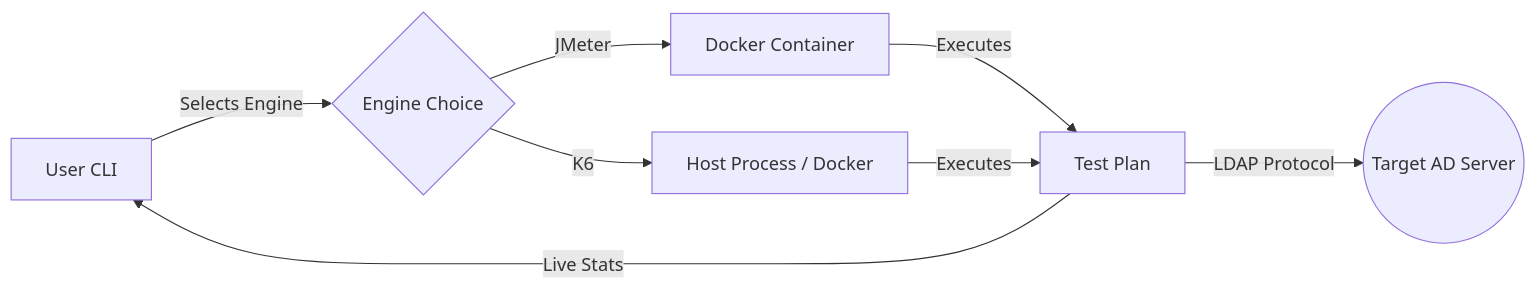
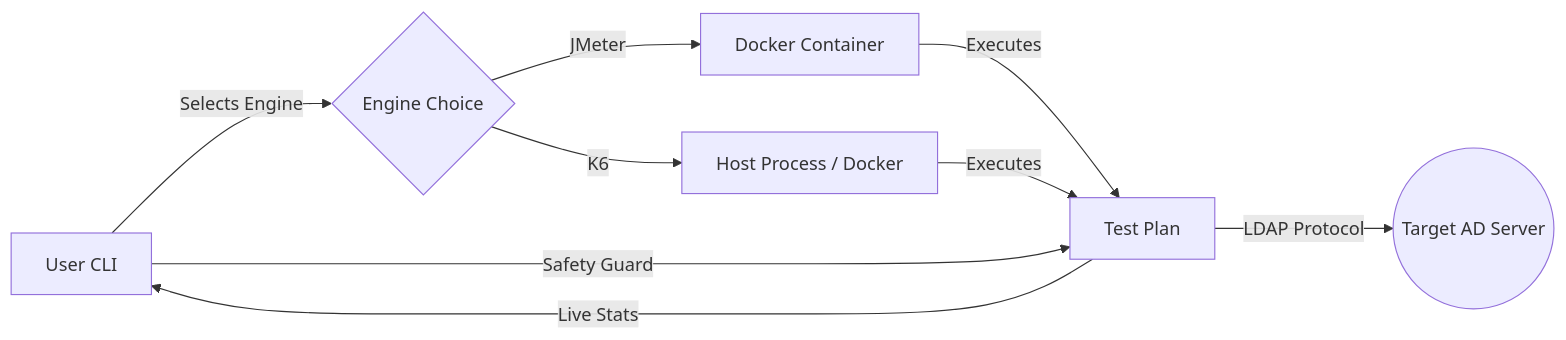
The diagram in README.md (ddt-mmt/Techton), drawn with Mermaid before and after one commit. The commit also changed other lines of this file, not shown here.

````diff
--- a/README.md
+++ b/README.md
@@ -40,10 +41,11 @@
 ```mermaid
 graph LR
     A[User CLI] -->|Selects Engine| B{Engine Choice};
     B -->|JMeter| C[Docker Container];
     B -->|K6| D[Host Process / Docker];
     C -->|Executes| E[Test Plan];
     D -->|Executes| E;
     E -->|LDAP Protocol| F((Target AD Server));
     E -->|Live Stats| A;
+    A -->|Safety Guard| E;
 ```
````
